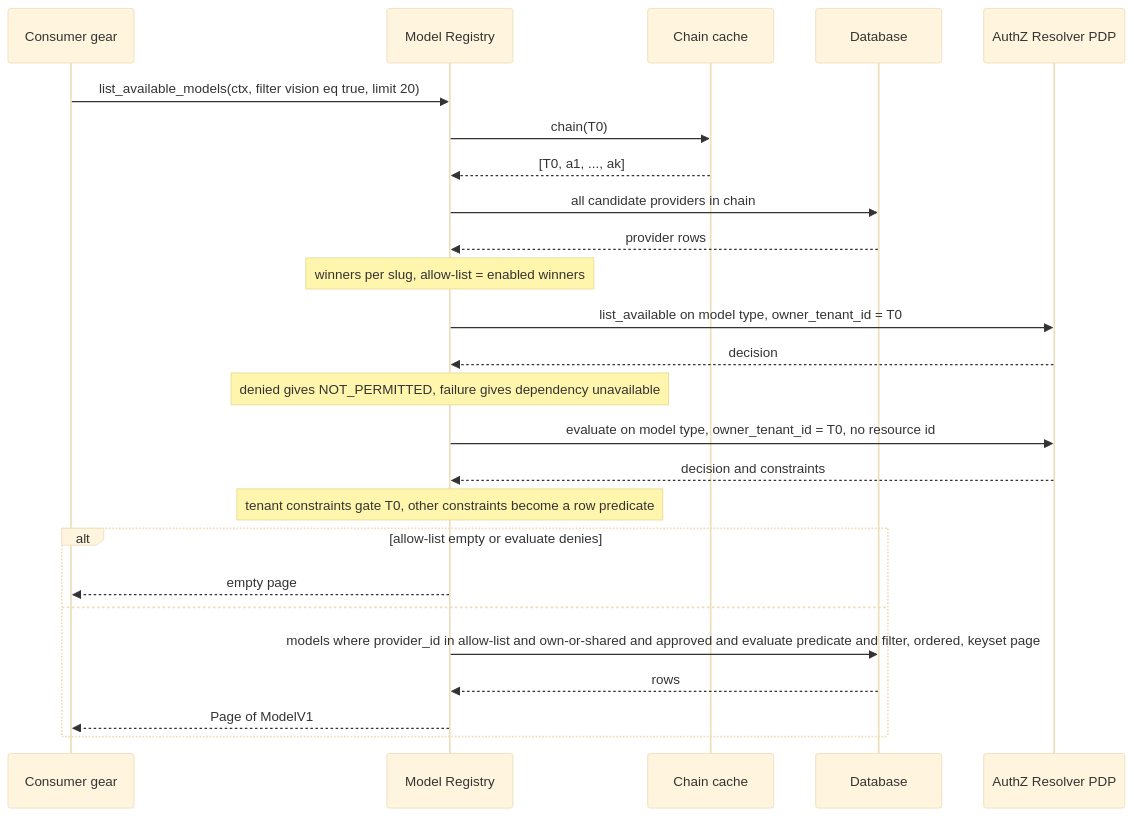
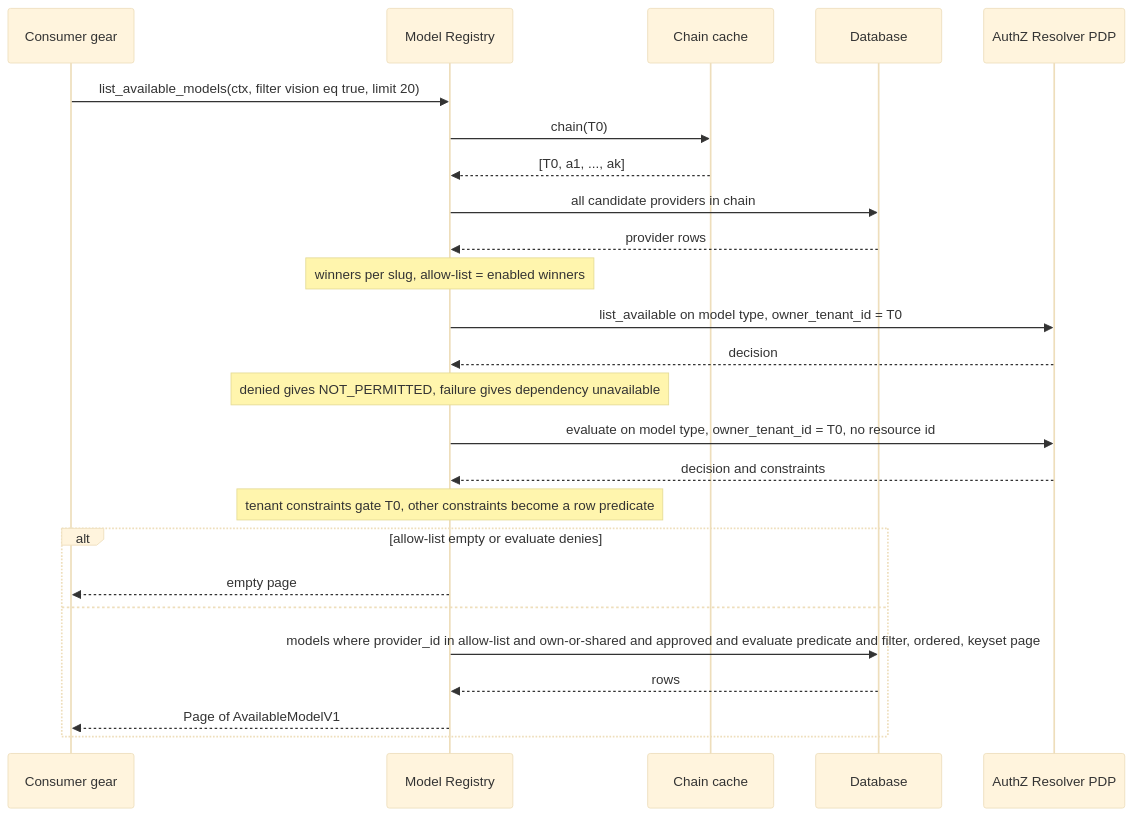
Before and after one commit to Qilin101/gears-rust: the fifth of 9 diagrams in gears/model-registry/docs/DESIGN.md, drawn with Mermaid (base theme). The commit also changed other lines of this file and 1 other file, not shown here.

Commit message:
docs(model-registry): Fix review comments

````diff
--- a/gears/model-registry/docs/DESIGN.md
+++ b/gears/model-registry/docs/DESIGN.md
@@ -953,28 +954,28 @@
 ```mermaid
 sequenceDiagram
     participant CG as Consumer gear
     participant MR as Model Registry
     participant CC as Chain cache
     participant DB as Database
     participant PDP as AuthZ Resolver PDP
 
     CG->>MR: list_available_models(ctx, filter vision eq true, limit 20)
     MR->>CC: chain(T0)
     CC-->>MR: [T0, a1, ..., ak]
     MR->>DB: all candidate providers in chain
     DB-->>MR: provider rows
     Note over MR: winners per slug, allow-list = enabled winners
     MR->>PDP: list_available on model type, owner_tenant_id = T0
     PDP-->>MR: decision
     Note over MR: denied gives NOT_PERMITTED, failure gives dependency unavailable
     MR->>PDP: evaluate on model type, owner_tenant_id = T0, no resource id
     PDP-->>MR: decision and constraints
     Note over MR: tenant constraints gate T0, other constraints become a row predicate
     alt allow-list empty or evaluate denies
         MR-->>CG: empty page
     else
         MR->>DB: models where provider_id in allow-list and own-or-shared and approved and evaluate predicate and filter, ordered, keyset page
         DB-->>MR: rows
-        MR-->>CG: Page of ModelV1
+        MR-->>CG: Page of AvailableModelV1
     end
 ```
````
